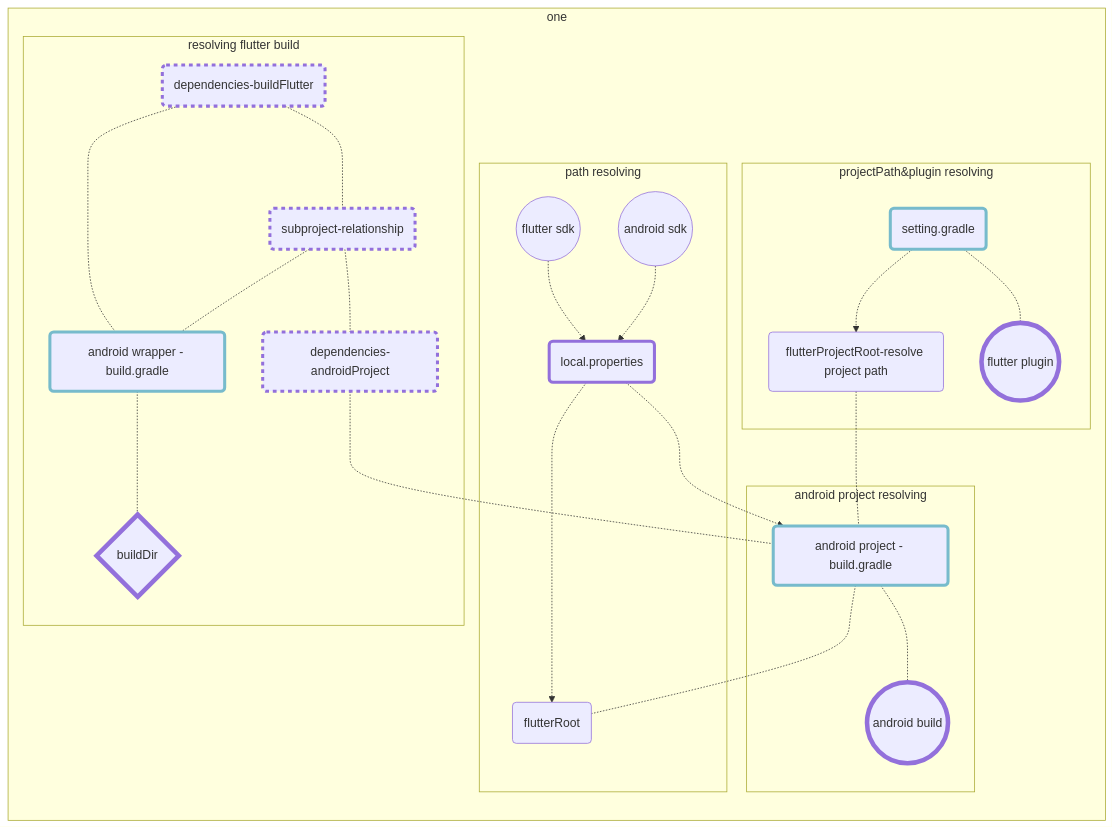
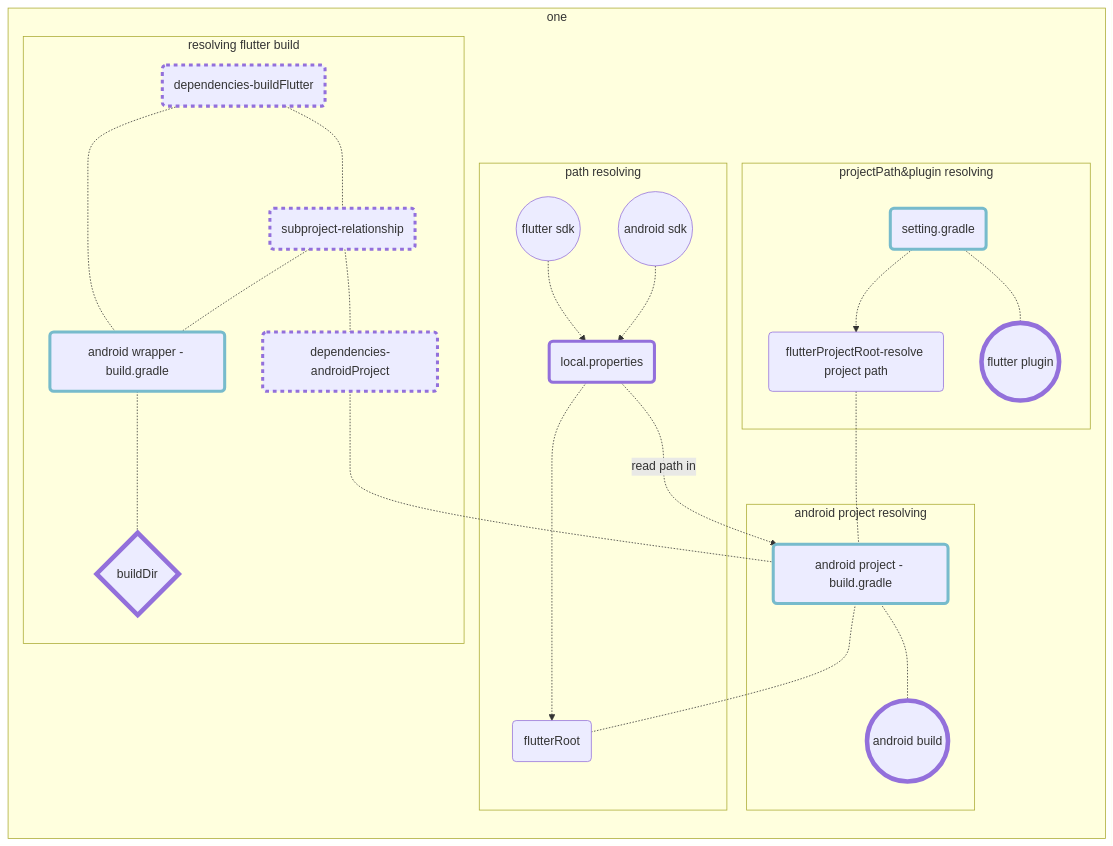
One commit to gordianknotC/nxp_note changed the diagram in flutter/addAndroidProjIntoFlutter.md. Above: the diagram before and after it, drawn with Mermaid. The commit also changed other lines of this file, not shown here.

````diff
--- a/flutter/addAndroidProjIntoFlutter.md
+++ b/flutter/addAndroidProjIntoFlutter.md
@@ -229,62 +229,62 @@
 ```mermaid
 graph LR
 	fdk((flutter sdk))
 	adk((android sdk))
 	
 	dfb{buildDir}
 	abuild((android build))
 	fpgn((flutter plugin))
 	style abuild stroke-width:6px   
 	style fpgn stroke-width:6px 
 	style dfb stroke-width:6px 
 	
 	loc(local.properties)
 	style loc stroke-width:4px   
 	
 	set(setting.gradle)
 	b1(android wrapper - build.gradle)
 	b2(android project - build.gradle)
 	style b1 stroke-width:4px, stroke:#7bc
 	style b2 stroke-width:4px, stroke:#7bc
 	style set stroke-width:4px, stroke:#7bc
 
 	dfr(flutterRoot)
 	dfp(flutterProjectRoot-resolve project path)
 	
 	
 	dandroid(dependencies-androidProject)
 	dflutter(dependencies-buildFlutter)
 	dsub(subproject-relationship)
 	style dandroid stroke-width:4px, stroke-dasharray: 5
 	style dflutter stroke-width:4px, stroke-dasharray: 5
 	style dsub stroke-width:4px, stroke-dasharray: 5
 	
 	
 subgraph one
 	subgraph path resolving
 		fdk -.-> loc
 		adk -.-> loc
 		loc -.-> dfr
 	end
 
-	loc -.-> b2
+	loc -.read path in.-> b2
 	subgraph android project resolving
 		b2 -.- abuild
 	end
 	b2 -.- dfr
 	dfp -.- b2
 	subgraph projectPath&plugin resolving
 		set-.->dfp
 		set -.- fpgn
 	end
 	dandroid -.- b2
 	subgraph resolving flutter build
 		b1 -.- dfb
 		
 		dflutter -.- b1
 		dsub -.- b1
 		dflutter -.- dsub
 		dsub-.- dandroid
 	end
 end
 ```
````
